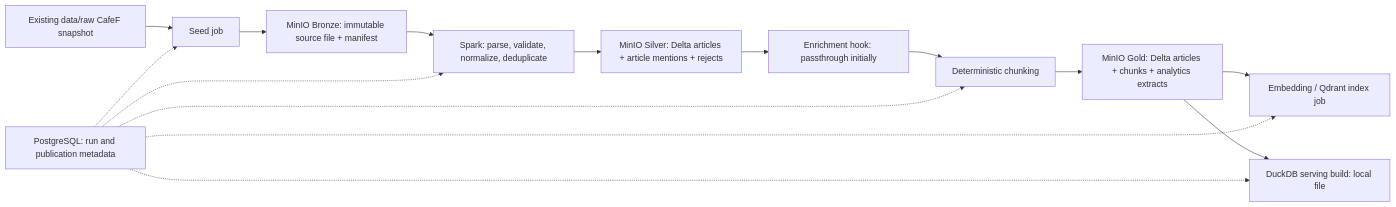
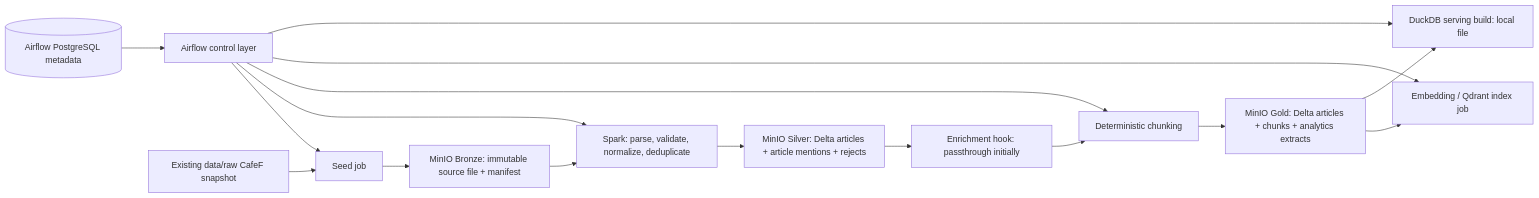
The diagram in docs/local-architecture.md (minhphu05/financial-news), drawn with Mermaid before and after one commit. The commit also changed other lines of this file and 15 other files, not shown here.

````diff
--- a/docs/local-architecture.md
+++ b/docs/local-architecture.md
@@ -11,17 +11,18 @@
 ```mermaid
 flowchart LR
+    AF[Airflow control layer] --> B
+    AF --> D
+    AF --> G
+    AF --> I
+    AF --> J
     A[Existing data/raw CafeF snapshot] --> B[Seed job]
     B --> C[MinIO Bronze: immutable source file + manifest]
     C --> D[Spark: parse, validate, normalize, deduplicate]
     D --> E[MinIO Silver: Delta articles + article mentions + rejects]
     E --> F[Enrichment hook: passthrough initially]
     F --> G[Deterministic chunking]
     G --> H[MinIO Gold: Delta articles + chunks + analytics extracts]
     H --> I[Embedding / Qdrant index job]
     H --> J[DuckDB serving build: local file]
-    K[PostgreSQL: run and publication metadata] -.-> B
-    K -.-> D
-    K -.-> G
-    K -.-> I
-    K -.-> J
+    AP[(Airflow PostgreSQL metadata)] --> AF
 ```
````
